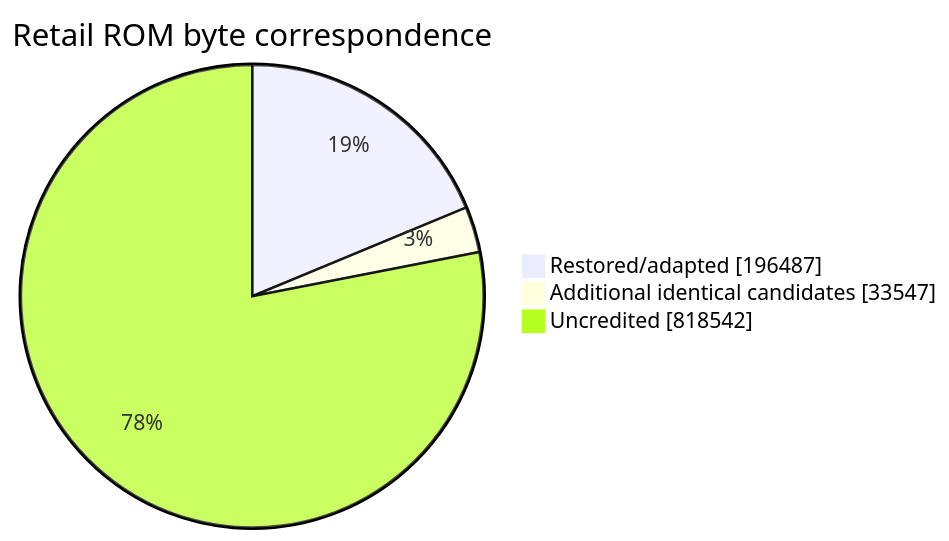
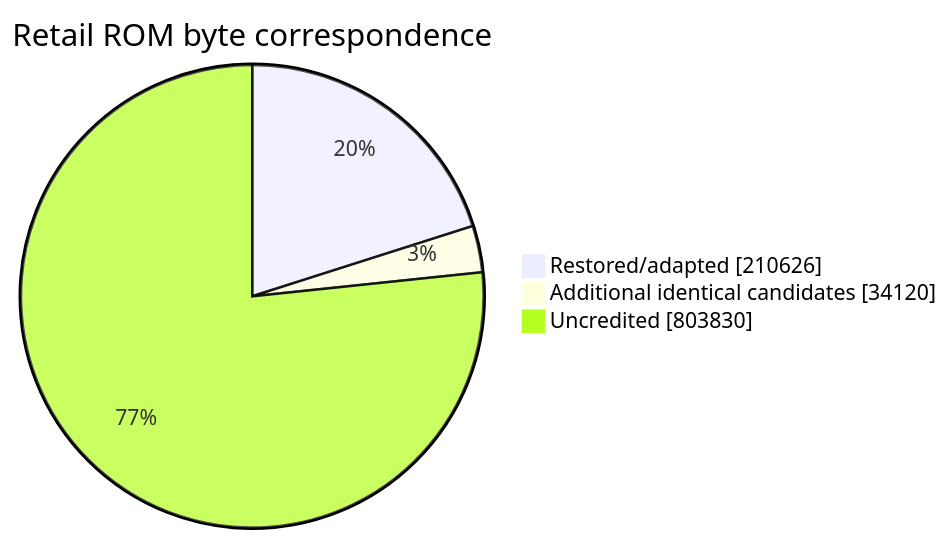
The second of 2 diagrams in readme.md (NachtRaveVL/stuntracefx), drawn with Mermaid before and after one commit. The commit also changed other lines of this file and 8 other files, not shown here.

````diff
--- a/readme.md
+++ b/readme.md
@@ -108,7 +108,7 @@
 ```mermaid
 pie showData
     title Retail ROM byte correspondence
-    "Restored/adapted" : 196487
-    "Additional identical candidates" : 33547
-    "Uncredited" : 818542
+    "Restored/adapted" : 210626
+    "Additional identical candidates" : 34120
+    "Uncredited" : 803830
 ```
````
